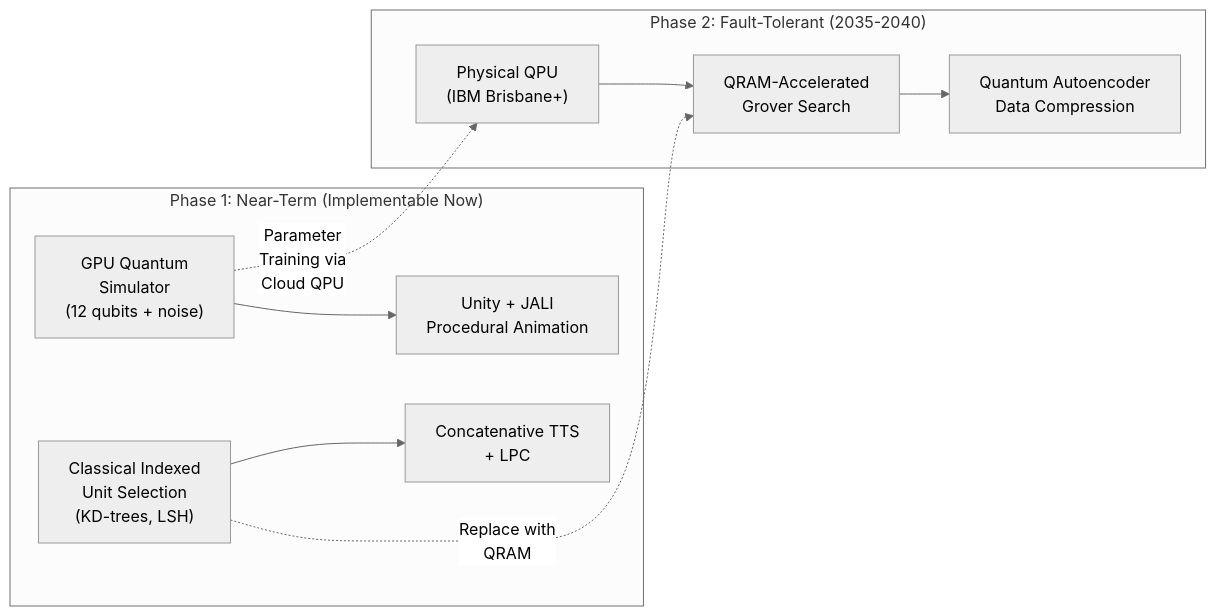
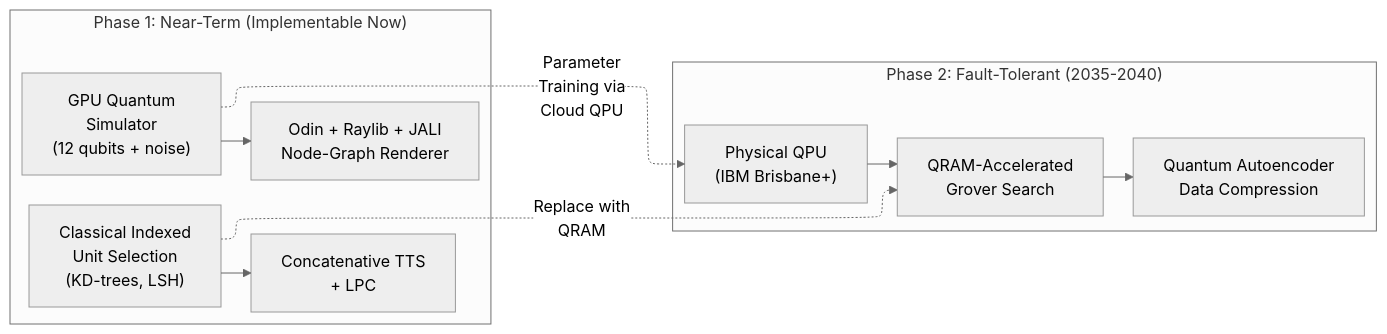
One commit to JustForCodin/Centaurian_Architecture_Implementation changed diagram 17 of 19 in Interpretable_Architectures_Revised_v1.md. Above: the diagram before and after it, drawn with Mermaid (neutral theme). The commit also changed other lines of this file and 2 other files, not shown here.

````diff
--- a/Interpretable_Architectures_Revised_v1.md
+++ b/Interpretable_Architectures_Revised_v1.md
@@ -1126,22 +1215,23 @@
 ```mermaid
+%%{init: {"flowchart": {"defaultRenderer": "elk"}} }%%
 graph LR
     subgraph "Phase 1: Near-Term (Implementable Now)"
         P1A["GPU Quantum<br/>Simulator<br/>(12 qubits + noise)"]
         P1B["Classical Indexed<br/>Unit Selection<br/>(KD-trees, LSH)"]
-        P1C["Unity + JALI<br/>Procedural Animation"]
+        P1C["Odin + Raylib + JALI<br/>Node-Graph Renderer"]
         P1D["Concatenative TTS<br/>+ LPC"]
         P1A --> P1C
         P1B --> P1D
     end
 
     subgraph "Phase 2: Fault-Tolerant (2035-2040)"
         P2A["Physical QPU<br/>(IBM Brisbane+)"]
         P2B["QRAM-Accelerated<br/>Grover Search"]
         P2C["Quantum Autoencoder<br/>Data Compression"]
         P2A --> P2B
         P2B --> P2C
     end
 
     P1A -.->|"Parameter<br/>Training via<br/>Cloud QPU"| P2A
     P1B -.->|"Replace with<br/>QRAM"| P2B
 ```
````
